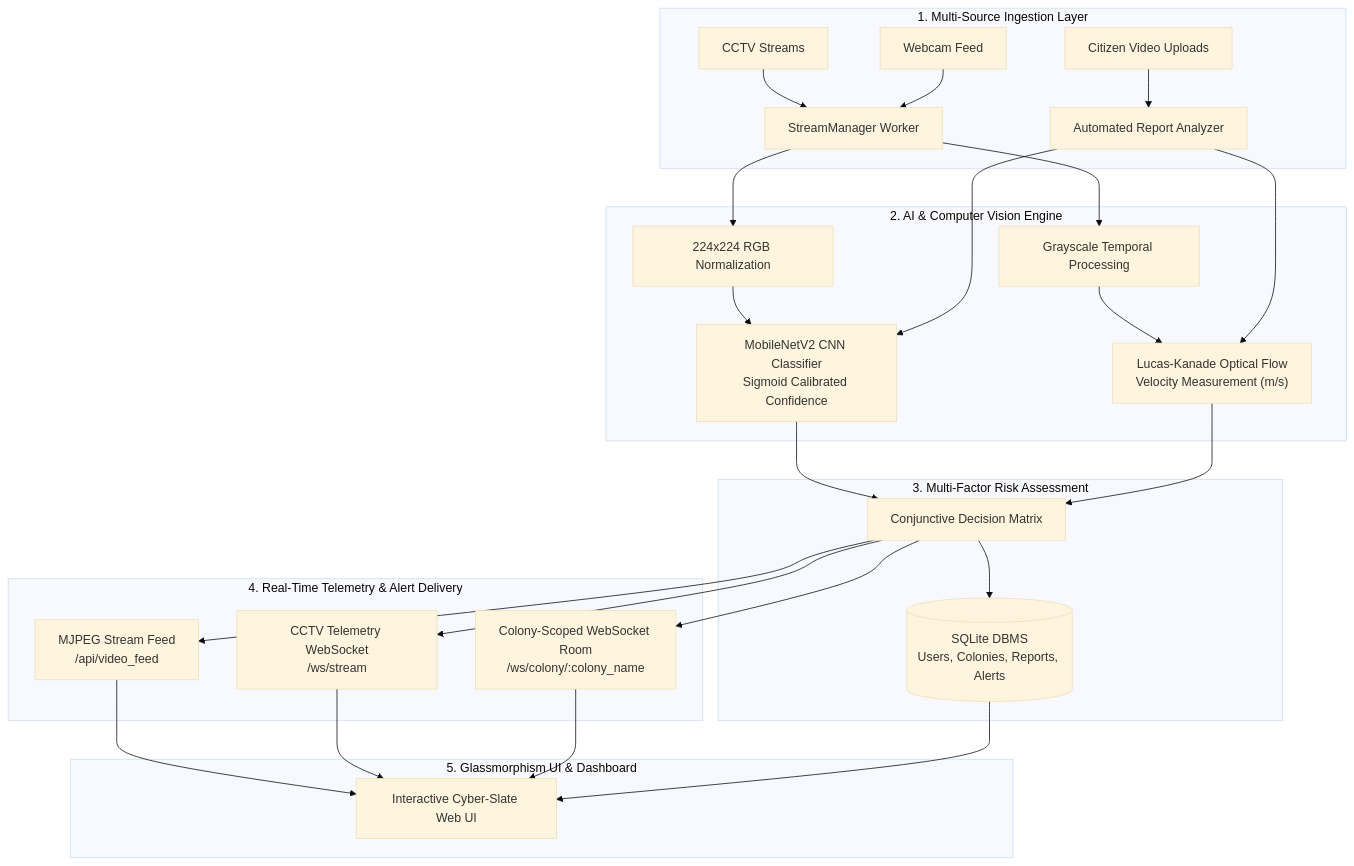
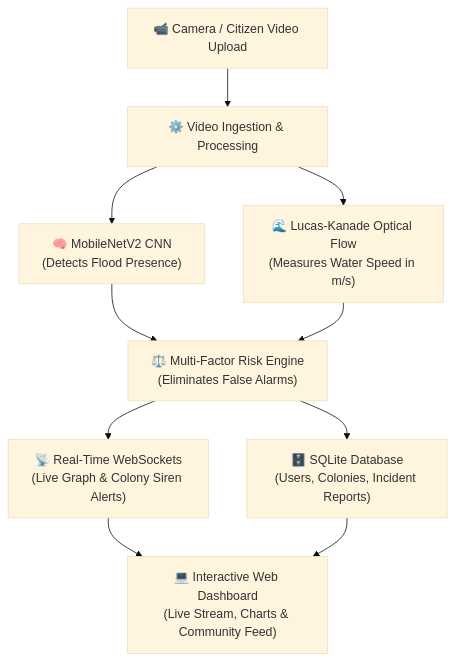
The diagram in README.md (123angmish/floodguard-ai), drawn with Mermaid (base theme) before and after one commit. The commit also changed other lines of this file, not shown here.

````diff
--- a/README.md
+++ b/README.md
@@ -29,38 +28,16 @@
 ```mermaid
 graph TD
-    subgraph INGESTION ["1. Multi-Source Ingestion Layer"]
-        A1["CCTV Streams"] --> SM["StreamManager Worker"]
-        A2["Webcam Feed"] --> SM
-        A3["Citizen Video Uploads"] --> RA["Automated Report Analyzer"]
-    end
-
-    subgraph VISION ["2. AI & Computer Vision Engine"]
-        SM --> P1["224x224 RGB Normalization"]
-        SM --> P2["Grayscale Temporal Processing"]
-        
-        P1 --> CNN["MobileNetV2 CNN Classifier<br/>Sigmoid Calibrated Confidence"]
-        P2 --> OF["Lucas-Kanade Optical Flow<br/>Velocity Measurement (m/s)"]
-        
-        RA --> CNN
-        RA --> OF
-    end
-
-    subgraph FUSION ["3. Multi-Factor Risk Assessment"]
-        CNN --> RF["Conjunctive Decision Matrix"]
-        OF --> RF
-        RF --> DB[("SQLite DBMS<br/>Users, Colonies, Reports, Alerts")]
-    end
-
-    subgraph DELIVERY ["4. Real-Time Telemetry & Alert Delivery"]
-        RF --> M1["MJPEG Stream Feed<br/>/api/video_feed"]
-        RF --> M2["CCTV Telemetry WebSocket<br/>/ws/stream"]
-        RF --> M3["Colony-Scoped WebSocket Room<br/>/ws/colony/:colony_name"]
-    end
-
-    subgraph FRONTEND ["5. Glassmorphism UI & Dashboard"]
-        M1 --> UI["Interactive Cyber-Slate Web UI"]
-        M2 --> UI
-        M3 --> UI
-        DB --> UI
-    end
+    A["📹 Camera / Citizen Video Upload"] --> B["⚙️ Video Ingestion & Processing"]
+    
+    B --> C["🧠 MobileNetV2 CNN<br/>(Detects Flood Presence)"]
+    B --> D["🌊 Lucas-Kanade Optical Flow<br/>(Measures Water Speed in m/s)"]
+    
+    C --> E["⚖️ Multi-Factor Risk Engine<br/>(Eliminates False Alarms)"]
+    D --> E
+    
+    E --> F["🗄️ SQLite Database<br/>(Users, Colonies, Incident Reports)"]
+    E --> G["📡 Real-Time WebSockets<br/>(Live Graph & Colony Siren Alerts)"]
+    
+    G --> H["💻 Interactive Web Dashboard<br/>(Live Stream, Charts & Community Feed)"]
+    F --> H
 ```
````
